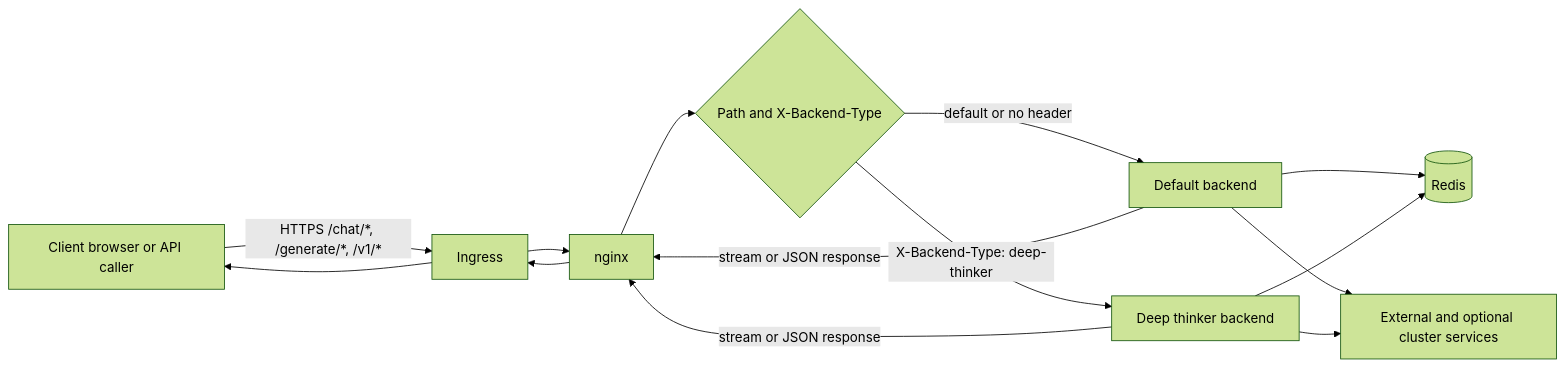
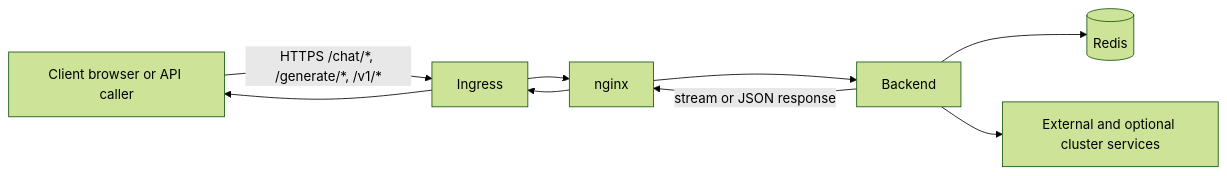
The third of 3 diagrams in README.md (tuttlebr/daedalus-agent), drawn with Mermaid (forest theme) before and after one commit. The commit also changed other lines of this file and 81 other files, not shown here.

````diff
--- a/README.md
+++ b/README.md
@@ -259,22 +241,15 @@
 ```mermaid
 flowchart LR
     Client[Client browser or API caller]
     Ingress[Ingress]
     Nginx[nginx]
-    Route{Path and X-Backend-Type}
-    Default[Default backend]
-    Deep[Deep thinker backend]
+    Backend[Backend]
     Redis[(Redis)]
     External[External and optional cluster services]
 
-    Client -->|HTTPS /chat/*, /generate/*, /v1/*| Ingress --> Nginx --> Route
-    Route -->|default or no header| Default
-    Route -->|X-Backend-Type: deep-thinker| Deep
-    Default --> Redis
-    Deep --> Redis
-    Default --> External
-    Deep --> External
-    Default -->|stream or JSON response| Nginx
-    Deep -->|stream or JSON response| Nginx
+    Client -->|HTTPS /chat/*, /generate/*, /v1/*| Ingress --> Nginx --> Backend
+    Backend --> Redis
+    Backend --> External
+    Backend -->|stream or JSON response| Nginx
     Nginx --> Ingress --> Client
 ```
````
